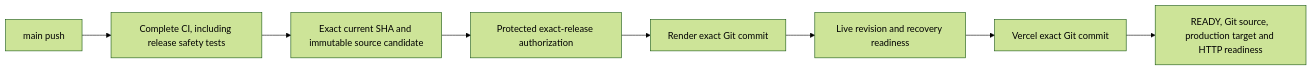
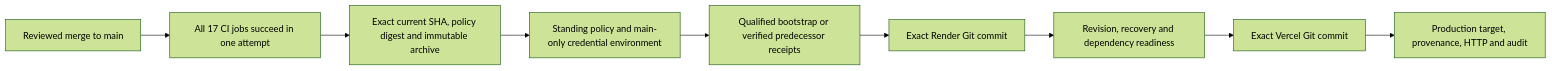
One commit to aqua-lifestyle/aqua-lifestyle changed the diagram in docs/operations/safe-automatic-deployment.md. Above: the diagram before and after it, drawn with Mermaid (forest theme). The commit also changed other lines of this file and 10 other files, not shown here.

Commit message:
feat(deploy): qualify unattended releases with standing safety policy

````diff
--- a/docs/operations/safe-automatic-deployment.md
+++ b/docs/operations/safe-automatic-deployment.md
@@ -36,10 +42,11 @@
 ```mermaid
 flowchart LR
-  Main[main push] --> CI[Complete CI, including release safety tests]
-  CI --> Candidate[Exact current SHA and immutable source candidate]
-  Candidate --> Gate[Protected exact-release authorization]
-  Gate --> API[Render exact Git commit]
-  API --> Ready[Live revision and recovery readiness]
-  Ready --> Web[Vercel exact Git commit]
-  Web --> Verify[READY, Git source, production target and HTTP readiness]
+  Main[Reviewed merge to main] --> CI[All 17 CI jobs succeed in one attempt]
+  CI --> Candidate[Exact current SHA, policy digest and immutable archive]
+  Candidate --> Policy[Standing policy and main-only credential environment]
+  Policy --> Baseline[Qualified bootstrap or verified predecessor receipts]
+  Baseline --> Render[Exact Render Git commit]
+  Render --> Health[Revision, recovery and dependency readiness]
+  Health --> Vercel[Exact Vercel Git commit]
+  Vercel --> Verified[Production target, provenance, HTTP and audit]
 ```
````
